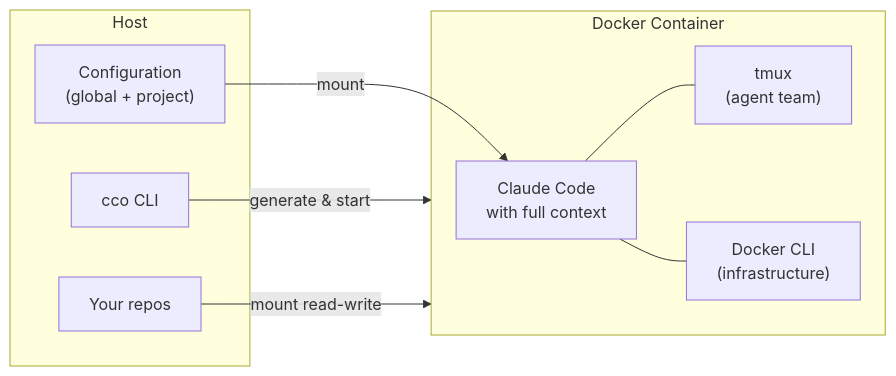
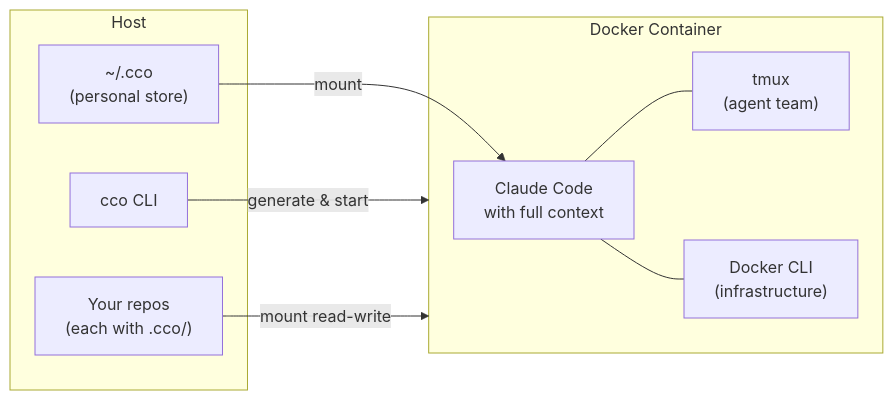
The diagram in README.md (alergyonthestage/claude-orchestrator), drawn with Mermaid before and after one commit. The commit also changed other lines of this file and 23 other files, not shown here.

````diff
--- a/README.md
+++ b/README.md
@@ -43,20 +43,20 @@
 ```mermaid
 graph LR
     subgraph Host
         CLI["cco CLI"]
-        CFG["Configuration<br/>(global + project)"]
-        REPOS["Your repos"]
+        GLOBAL["~/.cco<br/>(personal store)"]
+        REPOS["Your repos<br/>(each with .cco/)"]
     end
 
     subgraph DC["Docker Container"]
         CC["Claude Code<br/>with full context"]
         TMUX["tmux<br/>(agent team)"]
         DOCK["Docker CLI<br/>(infrastructure)"]
     end
 
     CLI -->|generate & start| DC
-    CFG -->|mount| CC
+    GLOBAL -->|mount| CC
     REPOS -->|mount read-write| DC
     CC --- TMUX
     CC --- DOCK
 ```
````
